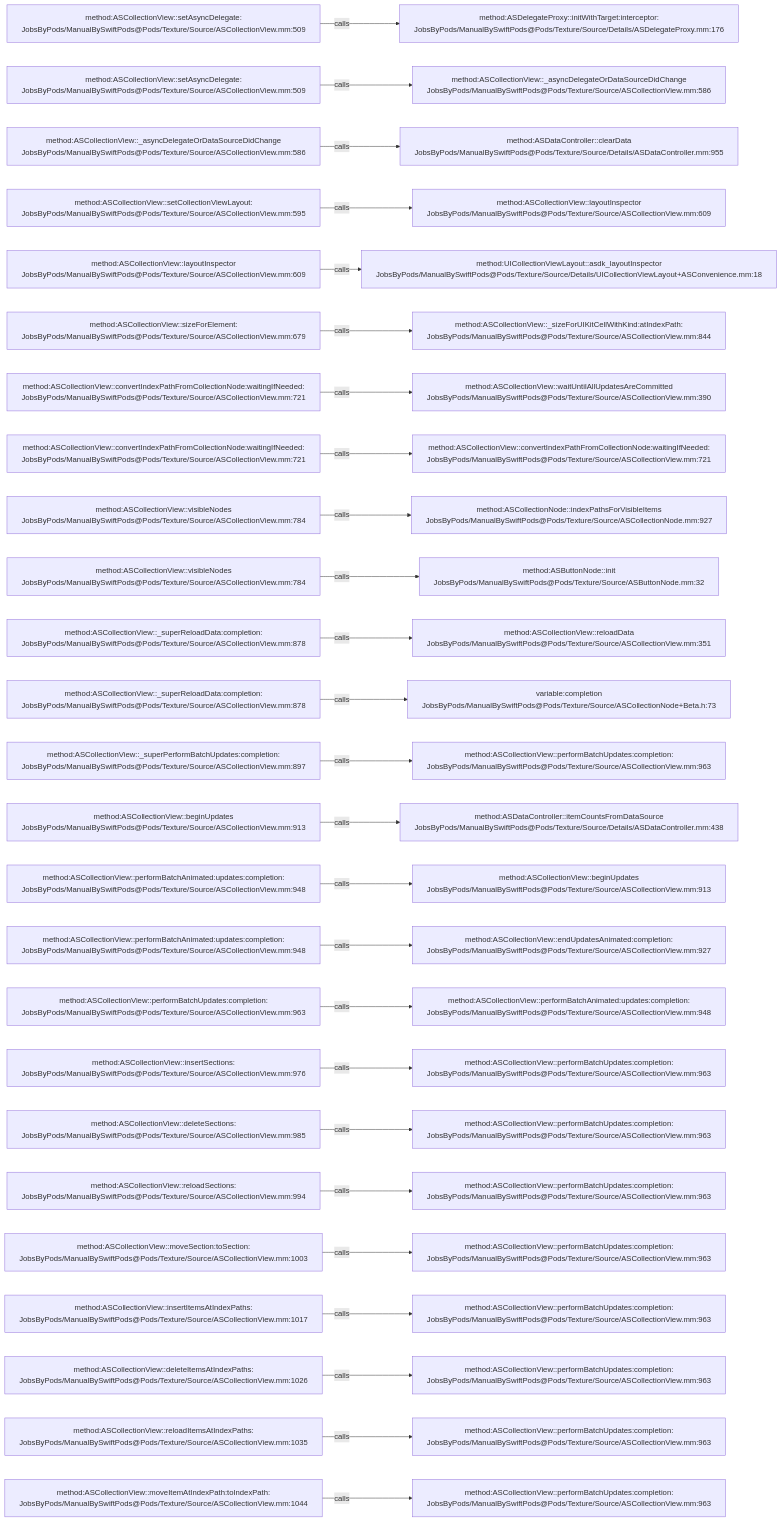
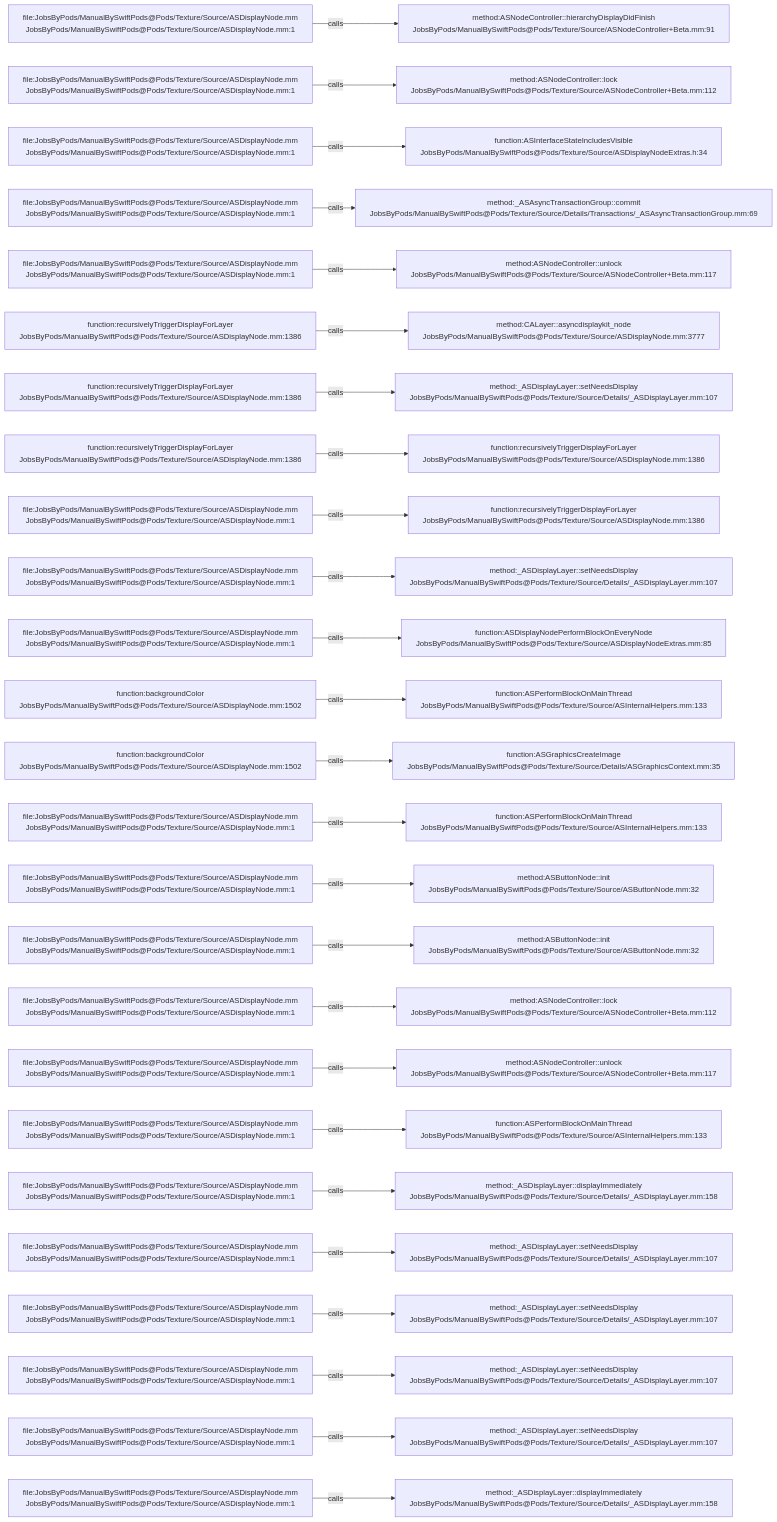
The diagram in .codegraph/codegraph.md/graphs/calls-030.md (JobsKits/JobsSwiftBaseConfigDemo), drawn with Mermaid before and after one commit. The commit also changed 832 other files, not shown here.

````diff
--- a/.codegraph/codegraph.md/graphs/calls-030.md
+++ b/.codegraph/codegraph.md/graphs/calls-030.md
@@ -13,78 +13,78 @@
 ```mermaid
 flowchart LR
-  S1["method:ASCollectionView::setAsyncDelegate:<br/>JobsByPods/ManualBySwiftPods@Pods/Texture/Source/ASCollectionView.mm:509"]
-  T1["method:ASDelegateProxy::initWithTarget:interceptor:<br/>JobsByPods/ManualBySwiftPods@Pods/Texture/Source/Details/ASDelegateProxy.mm:176"]
+  S1["file:JobsByPods/ManualBySwiftPods@Pods/Texture/Source/ASDisplayNode.mm<br/>JobsByPods/ManualBySwiftPods@Pods/Texture/Source/ASDisplayNode.mm:1"]
+  T1["method:ASNodeController::hierarchyDisplayDidFinish<br/>JobsByPods/ManualBySwiftPods@Pods/Texture/Source/ASNodeController+Beta.mm:91"]
   S1 -->|calls| T1
-  S2["method:ASCollectionView::setAsyncDelegate:<br/>JobsByPods/ManualBySwiftPods@Pods/Texture/Source/ASCollectionView.mm:509"]
-  T2["method:ASCollectionView::_asyncDelegateOrDataSourceDidChange<br/>JobsByPods/ManualBySwiftPods@Pods/Texture/Source/ASCollectionView.mm:586"]
+  S2["file:JobsByPods/ManualBySwiftPods@Pods/Texture/Source/ASDisplayNode.mm<br/>JobsByPods/ManualBySwiftPods@Pods/Texture/Source/ASDisplayNode.mm:1"]
+  T2["method:ASNodeController::lock<br/>JobsByPods/ManualBySwiftPods@Pods/Texture/Source/ASNodeController+Beta.mm:112"]
   S2 -->|calls| T2
-  S3["method:ASCollectionView::_asyncDelegateOrDataSourceDidChange<br/>JobsByPods/ManualBySwiftPods@Pods/Texture/Source/ASCollectionView.mm:586"]
-  T3["method:ASDataController::clearData<br/>JobsByPods/ManualBySwiftPods@Pods/Texture/Source/Details/ASDataController.mm:955"]
+  S3["file:JobsByPods/ManualBySwiftPods@Pods/Texture/Source/ASDisplayNode.mm<br/>JobsByPods/ManualBySwiftPods@Pods/Texture/Source/ASDisplayNode.mm:1"]
+  T3["function:ASInterfaceStateIncludesVisible<br/>JobsByPods/ManualBySwiftPods@Pods/Texture/Source/ASDisplayNodeExtras.h:34"]
   S3 -->|calls| T3
-  S4["method:ASCollectionView::setCollectionViewLayout:<br/>JobsByPods/ManualBySwiftPods@Pods/Texture/Source/ASCollectionView.mm:595"]
-  T4["method:ASCollectionView::layoutInspector<br/>JobsByPods/ManualBySwiftPods@Pods/Texture/Source/ASCollectionView.mm:609"]
+  S4["file:JobsByPods/ManualBySwiftPods@Pods/Texture/Source/ASDisplayNode.mm<br/>JobsByPods/ManualBySwiftPods@Pods/Texture/Source/ASDisplayNode.mm:1"]
+  T4["method:_ASAsyncTransactionGroup::commit<br/>JobsByPods/ManualBySwiftPods@Pods/Texture/Source/Details/Transactions/_ASAsyncTransactionGroup.mm:69"]
   S4 -->|calls| T4
-  S5["method:ASCollectionView::layoutInspector<br/>JobsByPods/ManualBySwiftPods@Pods/Texture/Source/ASCollectionView.mm:609"]
-  T5["method:UICollectionViewLayout::asdk_layoutInspector<br/>JobsByPods/ManualBySwiftPods@Pods/Texture/Source/Details/UICollectionViewLayout+ASConvenience.mm:18"]
+  S5["file:JobsByPods/ManualBySwiftPods@Pods/Texture/Source/ASDisplayNode.mm<br/>JobsByPods/ManualBySwiftPods@Pods/Texture/Source/ASDisplayNode.mm:1"]
+  T5["method:ASNodeController::unlock<br/>JobsByPods/ManualBySwiftPods@Pods/Texture/Source/ASNodeController+Beta.mm:117"]
   S5 -->|calls| T5
-  S6["method:ASCollectionView::sizeForElement:<br/>JobsByPods/ManualBySwiftPods@Pods/Texture/Source/ASCollectionView.mm:679"]
-  T6["method:ASCollectionView::_sizeForUIKitCellWithKind:atIndexPath:<br/>JobsByPods/ManualBySwiftPods@Pods/Texture/Source/ASCollectionView.mm:844"]
+  S6["function:recursivelyTriggerDisplayForLayer<br/>JobsByPods/ManualBySwiftPods@Pods/Texture/Source/ASDisplayNode.mm:1386"]
+  T6["method:CALayer::asyncdisplaykit_node<br/>JobsByPods/ManualBySwiftPods@Pods/Texture/Source/ASDisplayNode.mm:3777"]
   S6 -->|calls| T6
-  S7["method:ASCollectionView::convertIndexPathFromCollectionNode:waitingIfNeeded:<br/>JobsByPods/ManualBySwiftPods@Pods/Texture/Source/ASCollectionView.mm:721"]
-  T7["method:ASCollectionView::waitUntilAllUpdatesAreCommitted<br/>JobsByPods/ManualBySwiftPods@Pods/Texture/Source/ASCollectionView.mm:390"]
+  S7["function:recursivelyTriggerDisplayForLayer<br/>JobsByPods/ManualBySwiftPods@Pods/Texture/Source/ASDisplayNode.mm:1386"]
+  T7["method:_ASDisplayLayer::setNeedsDisplay<br/>JobsByPods/ManualBySwiftPods@Pods/Texture/Source/Details/_ASDisplayLayer.mm:107"]
   S7 -->|calls| T7
-  S8["method:ASCollectionView::convertIndexPathFromCollectionNode:waitingIfNeeded:<br/>JobsByPods/ManualBySwiftPods@Pods/Texture/Source/ASCollectionView.mm:721"]
-  T8["method:ASCollectionView::convertIndexPathFromCollectionNode:waitingIfNeeded:<br/>JobsByPods/ManualBySwiftPods@Pods/Texture/Source/ASCollectionView.mm:721"]
+  S8["function:recursivelyTriggerDisplayForLayer<br/>JobsByPods/ManualBySwiftPods@Pods/Texture/Source/ASDisplayNode.mm:1386"]
+  T8["function:recursivelyTriggerDisplayForLayer<br/>JobsByPods/ManualBySwiftPods@Pods/Texture/Source/ASDisplayNode.mm:1386"]
   S8 -->|calls| T8
-  S9["method:ASCollectionView::visibleNodes<br/>JobsByPods/ManualBySwiftPods@Pods/Texture/Source/ASCollectionView.mm:784"]
-  T9["method:ASCollectionNode::indexPathsForVisibleItems<br/>JobsByPods/ManualBySwiftPods@Pods/Texture/Source/ASCollectionNode.mm:927"]
+  S9["file:JobsByPods/ManualBySwiftPods@Pods/Texture/Source/ASDisplayNode.mm<br/>JobsByPods/ManualBySwiftPods@Pods/Texture/Source/ASDisplayNode.mm:1"]
+  T9["function:recursivelyTriggerDisplayForLayer<br/>JobsByPods/ManualBySwiftPods@Pods/Texture/Source/ASDisplayNode.mm:1386"]
   S9 -->|calls| T9
-  S10["method:ASCollectionView::visibleNodes<br/>JobsByPods/ManualBySwiftPods@Pods/Texture/Source/ASCollectionView.mm:784"]
-  T10["method:ASButtonNode::init<br/>JobsByPods/ManualBySwiftPods@Pods/Texture/Source/ASButtonNode.mm:32"]
+  S10["file:JobsByPods/ManualBySwiftPods@Pods/Texture/Source/ASDisplayNode.mm<br/>JobsByPods/ManualBySwiftPods@Pods/Texture/Source/ASDisplayNode.mm:1"]
+  T10["method:_ASDisplayLayer::setNeedsDisplay<br/>JobsByPods/ManualBySwiftPods@Pods/Texture/Source/Details/_ASDisplayLayer.mm:107"]
   S10 -->|calls| T10
-  S11["method:ASCollectionView::_superReloadData:completion:<br/>JobsByPods/ManualBySwiftPods@Pods/Texture/Source/ASCollectionView.mm:878"]
-  T11["method:ASCollectionView::reloadData<br/>JobsByPods/ManualBySwiftPods@Pods/Texture/Source/ASCollectionView.mm:351"]
+  S11["file:JobsByPods/ManualBySwiftPods@Pods/Texture/Source/ASDisplayNode.mm<br/>JobsByPods/ManualBySwiftPods@Pods/Texture/Source/ASDisplayNode.mm:1"]
+  T11["function:ASDisplayNodePerformBlockOnEveryNode<br/>JobsByPods/ManualBySwiftPods@Pods/Texture/Source/ASDisplayNodeExtras.mm:85"]
   S11 -->|calls| T11
-  S12["method:ASCollectionView::_superReloadData:completion:<br/>JobsByPods/ManualBySwiftPods@Pods/Texture/Source/ASCollectionView.mm:878"]
-  T12["variable:completion<br/>JobsByPods/ManualBySwiftPods@Pods/Texture/Source/ASCollectionNode+Beta.h:73"]
+  S12["function:backgroundColor<br/>JobsByPods/ManualBySwiftPods@Pods/Texture/Source/ASDisplayNode.mm:1502"]
+  T12["function:ASPerformBlockOnMainThread<br/>JobsByPods/ManualBySwiftPods@Pods/Texture/Source/ASInternalHelpers.mm:133"]
   S12 -->|calls| T12
-  S13["method:ASCollectionView::_superPerformBatchUpdates:completion:<br/>JobsByPods/ManualBySwiftPods@Pods/Texture/Source/ASCollectionView.mm:897"]
-  T13["method:ASCollectionView::performBatchUpdates:completion:<br/>JobsByPods/ManualBySwiftPods@Pods/Texture/Source/ASCollectionView.mm:963"]
+  S13["function:backgroundColor<br/>JobsByPods/ManualBySwiftPods@Pods/Texture/Source/ASDisplayNode.mm:1502"]
+  T13["function:ASGraphicsCreateImage<br/>JobsByPods/ManualBySwiftPods@Pods/Texture/Source/Details/ASGraphicsContext.mm:35"]
   S13 -->|calls| T13
-  S14["method:ASCollectionView::beginUpdates<br/>JobsByPods/ManualBySwiftPods@Pods/Texture/Source/ASCollectionView.mm:913"]
-  T14["method:ASDataController::itemCountsFromDataSource<br/>JobsByPods/ManualBySwiftPods@Pods/Texture/Source/Details/ASDataController.mm:438"]
+  S14["file:JobsByPods/ManualBySwiftPods@Pods/Texture/Source/ASDisplayNode.mm<br/>JobsByPods/ManualBySwiftPods@Pods/Texture/Source/ASDisplayNode.mm:1"]
+  T14["function:ASPerformBlockOnMainThread<br/>JobsByPods/ManualBySwiftPods@Pods/Texture/Source/ASInternalHelpers.mm:133"]
   S14 -->|calls| T14
-  S15["method:ASCollectionView::performBatchAnimated:updates:completion:<br/>JobsByPods/ManualBySwiftPods@Pods/Texture/Source/ASCollectionView.mm:948"]
-  T15["method:ASCollectionView::beginUpdates<br/>JobsByPods/ManualBySwiftPods@Pods/Texture/Source/ASCollectionView.mm:913"]
+  S15["file:JobsByPods/ManualBySwiftPods@Pods/Texture/Source/ASDisplayNode.mm<br/>JobsByPods/ManualBySwiftPods@Pods/Texture/Source/ASDisplayNode.mm:1"]
+  T15["method:ASButtonNode::init<br/>JobsByPods/ManualBySwiftPods@Pods/Texture/Source/ASButtonNode.mm:32"]
   S15 -->|calls| T15
-  S16["method:ASCollectionView::performBatchAnimated:updates:completion:<br/>JobsByPods/ManualBySwiftPods@Pods/Texture/Source/ASCollectionView.mm:948"]
-  T16["method:ASCollectionView::endUpdatesAnimated:completion:<br/>JobsByPods/ManualBySwiftPods@Pods/Texture/Source/ASCollectionView.mm:927"]
+  S16["file:JobsByPods/ManualBySwiftPods@Pods/Texture/Source/ASDisplayNode.mm<br/>JobsByPods/ManualBySwiftPods@Pods/Texture/Source/ASDisplayNode.mm:1"]
+  T16["method:ASButtonNode::init<br/>JobsByPods/ManualBySwiftPods@Pods/Texture/Source/ASButtonNode.mm:32"]
   S16 -->|calls| T16
-  S17["method:ASCollectionView::performBatchUpdates:completion:<br/>JobsByPods/ManualBySwiftPods@Pods/Texture/Source/ASCollectionView.mm:963"]
-  T17["method:ASCollectionView::performBatchAnimated:updates:completion:<br/>JobsByPods/ManualBySwiftPods@Pods/Texture/Source/ASCollectionView.mm:948"]
+  S17["file:JobsByPods/ManualBySwiftPods@Pods/Texture/Source/ASDisplayNode.mm<br/>JobsByPods/ManualBySwiftPods@Pods/Texture/Source/ASDisplayNode.mm:1"]
+  T17["method:ASNodeController::lock<br/>JobsByPods/ManualBySwiftPods@Pods/Texture/Source/ASNodeController+Beta.mm:112"]
   S17 -->|calls| T17
-  S18["method:ASCollectionView::insertSections:<br/>JobsByPods/ManualBySwiftPods@Pods/Texture/Source/ASCollectionView.mm:976"]
-  T18["method:ASCollectionView::performBatchUpdates:completion:<br/>JobsByPods/ManualBySwiftPods@Pods/Texture/Source/ASCollectionView.mm:963"]
+  S18["file:JobsByPods/ManualBySwiftPods@Pods/Texture/Source/ASDisplayNode.mm<br/>JobsByPods/ManualBySwiftPods@Pods/Texture/Source/ASDisplayNode.mm:1"]
+  T18["method:ASNodeController::unlock<br/>JobsByPods/ManualBySwiftPods@Pods/Texture/Source/ASNodeController+Beta.mm:117"]
   S18 -->|calls| T18
-  S19["method:ASCollectionView::deleteSections:<br/>JobsByPods/ManualBySwiftPods@Pods/Texture/Source/ASCollectionView.mm:985"]
-  T19["method:ASCollectionView::performBatchUpdates:completion:<br/>JobsByPods/ManualBySwiftPods@Pods/Texture/Source/ASCollectionView.mm:963"]
+  S19["file:JobsByPods/ManualBySwiftPods@Pods/Texture/Source/ASDisplayNode.mm<br/>JobsByPods/ManualBySwiftPods@Pods/Texture/Source/ASDisplayNode.mm:1"]
+  T19["function:ASPerformBlockOnMainThread<br/>JobsByPods/ManualBySwiftPods@Pods/Texture/Source/ASInternalHelpers.mm:133"]
   S19 -->|calls| T19
-  S20["method:ASCollectionView::reloadSections:<br/>JobsByPods/ManualBySwiftPods@Pods/Texture/Source/ASCollectionView.mm:994"]
-  T20["method:ASCollectionView::performBatchUpdates:completion:<br/>JobsByPods/ManualBySwiftPods@Pods/Texture/Source/ASCollectionView.mm:963"]
+  S20["file:JobsByPods/ManualBySwiftPods@Pods/Texture/Source/ASDisplayNode.mm<br/>JobsByPods/ManualBySwiftPods@Pods/Texture/Source/ASDisplayNode.mm:1"]
+  T20["method:_ASDisplayLayer::displayImmediately<br/>JobsByPods/ManualBySwiftPods@Pods/Texture/Source/Details/_ASDisplayLayer.mm:158"]
   S20 -->|calls| T20
-  S21["method:ASCollectionView::moveSection:toSection:<br/>JobsByPods/ManualBySwiftPods@Pods/Texture/Source/ASCollectionView.mm:1003"]
-  T21["method:ASCollectionView::performBatchUpdates:completion:<br/>JobsByPods/ManualBySwiftPods@Pods/Texture/Source/ASCollectionView.mm:963"]
+  S21["file:JobsByPods/ManualBySwiftPods@Pods/Texture/Source/ASDisplayNode.mm<br/>JobsByPods/ManualBySwiftPods@Pods/Texture/Source/ASDisplayNode.mm:1"]
+  T21["method:_ASDisplayLayer::setNeedsDisplay<br/>JobsByPods/ManualBySwiftPods@Pods/Texture/Source/Details/_ASDisplayLayer.mm:107"]
   S21 -->|calls| T21
-  S22["method:ASCollectionView::insertItemsAtIndexPaths:<br/>JobsByPods/ManualBySwiftPods@Pods/Texture/Source/ASCollectionView.mm:1017"]
-  T22["method:ASCollectionView::performBatchUpdates:completion:<br/>JobsByPods/ManualBySwiftPods@Pods/Texture/Source/ASCollectionView.mm:963"]
+  S22["file:JobsByPods/ManualBySwiftPods@Pods/Texture/Source/ASDisplayNode.mm<br/>JobsByPods/ManualBySwiftPods@Pods/Texture/Source/ASDisplayNode.mm:1"]
+  T22["method:_ASDisplayLayer::setNeedsDisplay<br/>JobsByPods/ManualBySwiftPods@Pods/Texture/Source/Details/_ASDisplayLayer.mm:107"]
   S22 -->|calls| T22
-  S23["method:ASCollectionView::deleteItemsAtIndexPaths:<br/>JobsByPods/ManualBySwiftPods@Pods/Texture/Source/ASCollectionView.mm:1026"]
-  T23["method:ASCollectionView::performBatchUpdates:completion:<br/>JobsByPods/ManualBySwiftPods@Pods/Texture/Source/ASCollectionView.mm:963"]
+  S23["file:JobsByPods/ManualBySwiftPods@Pods/Texture/Source/ASDisplayNode.mm<br/>JobsByPods/ManualBySwiftPods@Pods/Texture/Source/ASDisplayNode.mm:1"]
+  T23["method:_ASDisplayLayer::setNeedsDisplay<br/>JobsByPods/ManualBySwiftPods@Pods/Texture/Source/Details/_ASDisplayLayer.mm:107"]
   S23 -->|calls| T23
-  S24["method:ASCollectionView::reloadItemsAtIndexPaths:<br/>JobsByPods/ManualBySwiftPods@Pods/Texture/Source/ASCollectionView.mm:1035"]
-  T24["method:ASCollectionView::performBatchUpdates:completion:<br/>JobsByPods/ManualBySwiftPods@Pods/Texture/Source/ASCollectionView.mm:963"]
+  S24["file:JobsByPods/ManualBySwiftPods@Pods/Texture/Source/ASDisplayNode.mm<br/>JobsByPods/ManualBySwiftPods@Pods/Texture/Source/ASDisplayNode.mm:1"]
+  T24["method:_ASDisplayLayer::setNeedsDisplay<br/>JobsByPods/ManualBySwiftPods@Pods/Texture/Source/Details/_ASDisplayLayer.mm:107"]
   S24 -->|calls| T24
-  S25["method:ASCollectionView::moveItemAtIndexPath:toIndexPath:<br/>JobsByPods/ManualBySwiftPods@Pods/Texture/Source/ASCollectionView.mm:1044"]
-  T25["method:ASCollectionView::performBatchUpdates:completion:<br/>JobsByPods/ManualBySwiftPods@Pods/Texture/Source/ASCollectionView.mm:963"]
+  S25["file:JobsByPods/ManualBySwiftPods@Pods/Texture/Source/ASDisplayNode.mm<br/>JobsByPods/ManualBySwiftPods@Pods/Texture/Source/ASDisplayNode.mm:1"]
+  T25["method:_ASDisplayLayer::displayImmediately<br/>JobsByPods/ManualBySwiftPods@Pods/Texture/Source/Details/_ASDisplayLayer.mm:158"]
   S25 -->|calls| T25
 ```
````
